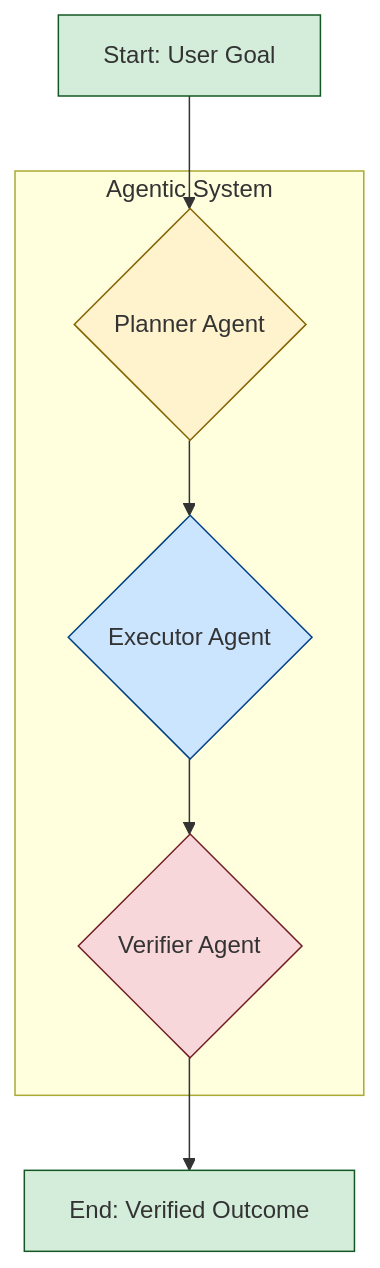
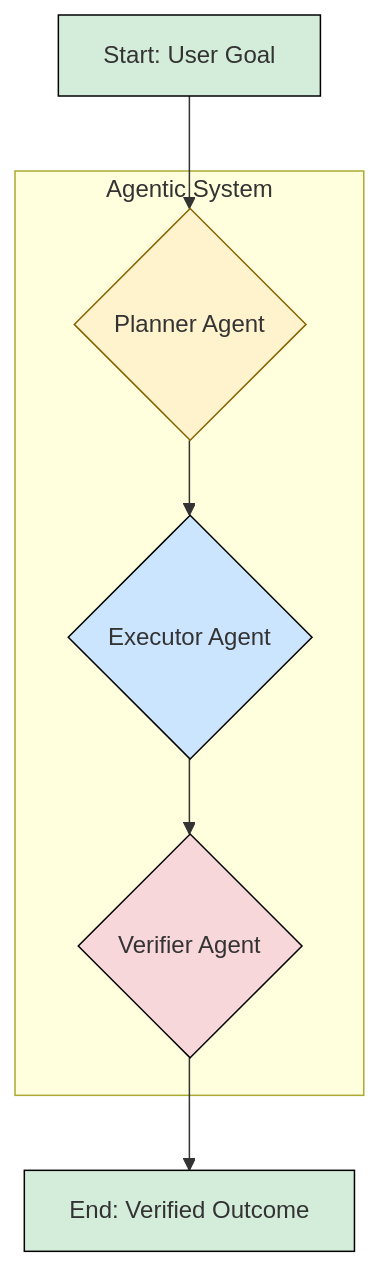
One commit to strongSoda/verifier-agent-research changed the diagram in ReadMe.md. Above: the diagram before and after it, drawn with Mermaid.

Commit message:
update font color

````diff
--- a/ReadMe.md
+++ b/ReadMe.md
@@ -28,19 +28,19 @@
 ```mermaid
 graph TD;
     A[Start: User Goal] --> B{Planner Agent};
     B --> C{Executor Agent};
     C --> D{Verifier Agent};
     D --> E[End: Verified Outcome];
 
     subgraph "Agentic System"
         B;
         C;
         D;
     end
 
-    style A fill:#d4edda,stroke:#155724
-    style E fill:#d4edda,stroke:#155724
+    style A fill:#d4edda,stroke:#000000
+    style E fill:#d4edda,stroke:#000000
     style B fill:#fff3cd,stroke:#856404
-    style C fill:#cce5ff,stroke:#004085
-    style D fill:#f8d7da,stroke:#721c24
+    style C fill:#cce5ff,stroke:#000000
+    style D fill:#f8d7da,stroke:#000000
 ```
````
